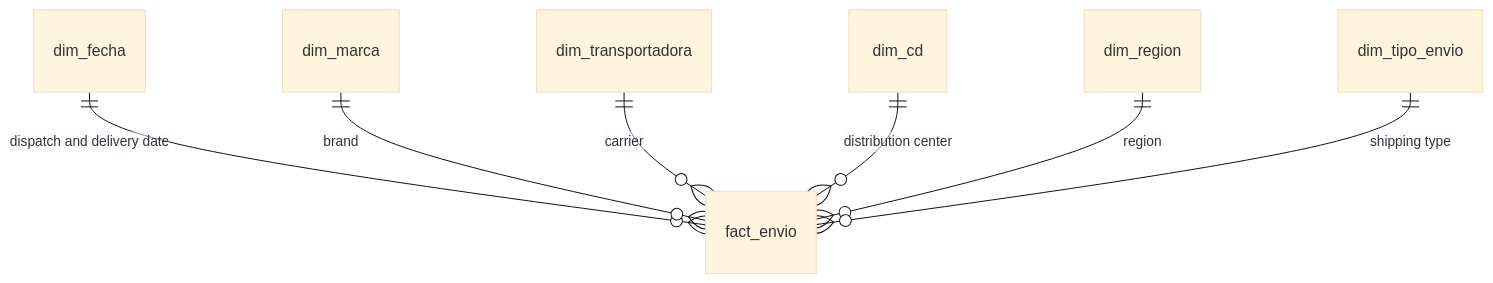
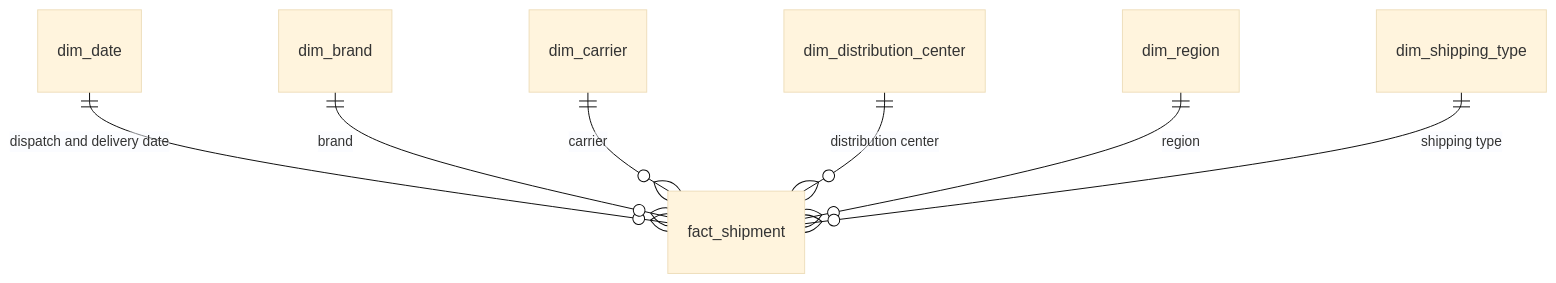
The third of 3 diagrams in docs/sprint-1/data-model.md (cargaexpress/cargaexpress), drawn with Mermaid (base theme) before and after one commit. The commit also changed other lines of this file, not shown here.

````diff
--- a/docs/sprint-1/data-model.md
+++ b/docs/sprint-1/data-model.md
@@ -122,9 +122,9 @@
 ```mermaid
 erDiagram
-    dim_fecha ||--o{ fact_envio : "dispatch and delivery date"
-    dim_marca ||--o{ fact_envio : brand
-    dim_transportadora ||--o{ fact_envio : carrier
-    dim_cd ||--o{ fact_envio : "distribution center"
-    dim_region ||--o{ fact_envio : region
-    dim_tipo_envio ||--o{ fact_envio : "shipping type"
+    dim_date ||--o{ fact_shipment : "dispatch and delivery date"
+    dim_brand ||--o{ fact_shipment : brand
+    dim_carrier ||--o{ fact_shipment : carrier
+    dim_distribution_center ||--o{ fact_shipment : "distribution center"
+    dim_region ||--o{ fact_shipment : region
+    dim_shipping_type ||--o{ fact_shipment : "shipping type"
 ```
````
